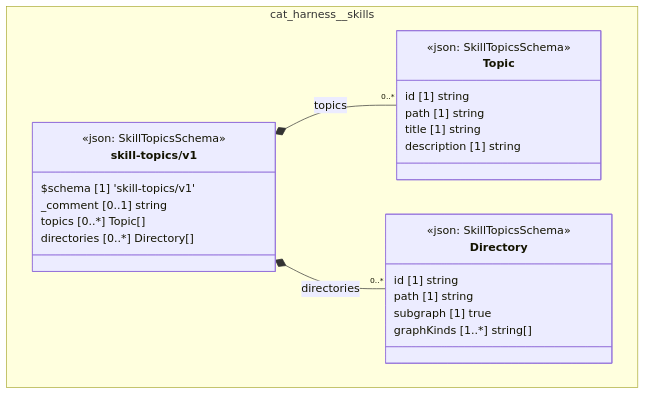
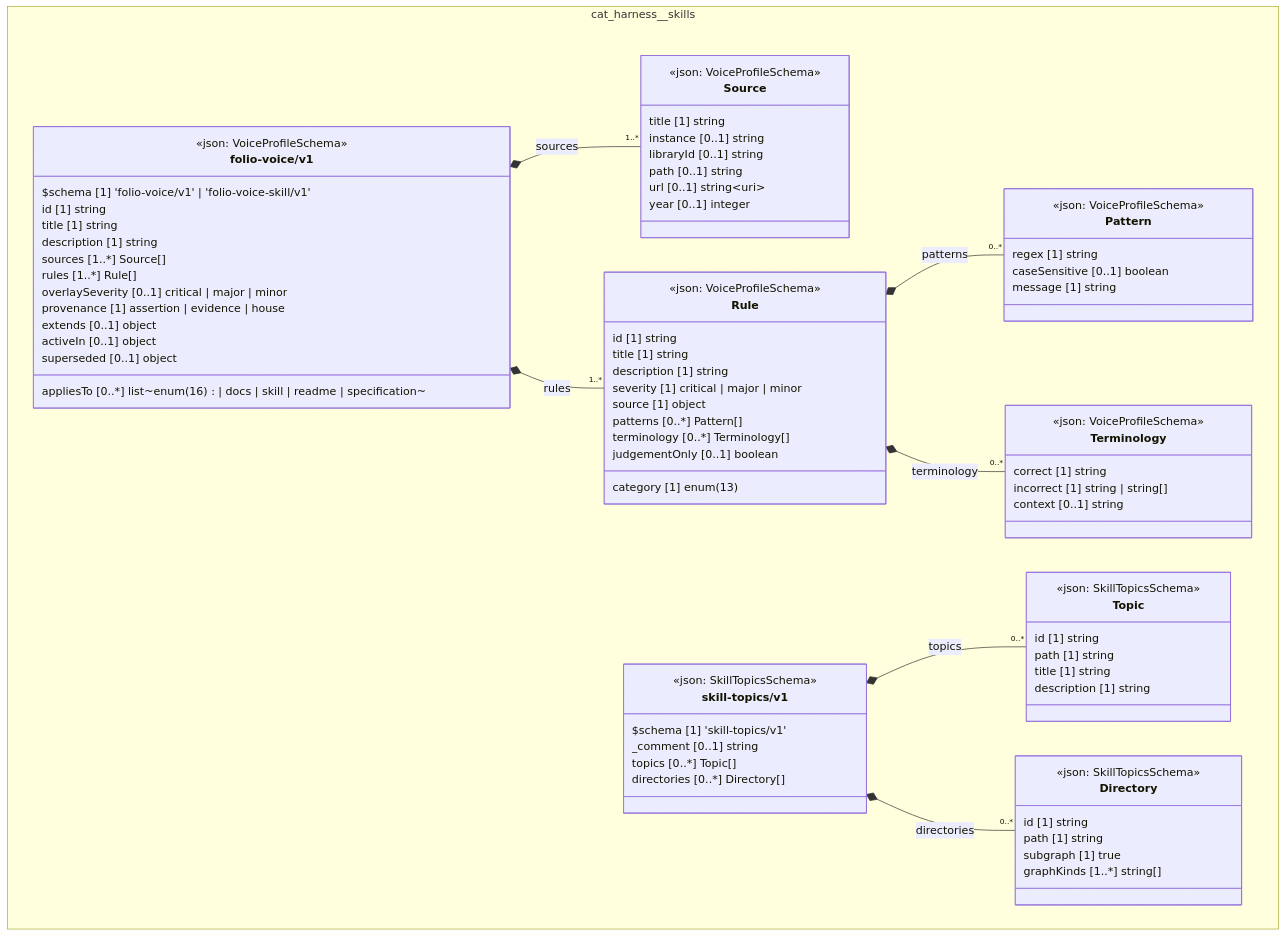
One commit to litlfred/folio-assistant changed the diagram in cat-harness/docs/uml/overview/cat-harness/skills.md. Above: the diagram before and after it, drawn with Mermaid. The commit also changed other lines of this file and 316 other files, not shown here.

```diff
--- a/cat-harness/docs/uml/overview/cat-harness/skills.md
+++ b/cat-harness/docs/uml/overview/cat-harness/skills.md
@@ -43,6 +43,54 @@
 classDiagram
   direction TB
   namespace cat_harness__skills {
+    class cat_harness_skills_folio_voice_v1_Source["Source"] {
+      <<json: VoiceProfileSchema>>
+      title [1] string
+      instance [0..1] string
+      libraryId [0..1] string
+      path [0..1] string
+      url [0..1] string~uri~
+      year [0..1] integer
+    }
+    class cat_harness_skills_folio_voice_v1_Pattern["Pattern"] {
+      <<json: VoiceProfileSchema>>
+      regex [1] string
+      caseSensitive [0..1] boolean
+      message [1] string
+    }
+    class cat_harness_skills_folio_voice_v1_Terminology["Terminology"] {
+      <<json: VoiceProfileSchema>>
+      correct [1] string
+      incorrect [1] string | string[]
+      context [0..1] string
+    }
+    class cat_harness_skills_folio_voice_v1_Rule["Rule"] {
+      <<json: VoiceProfileSchema>>
+      id [1] string
+      title [1] string
+      description [1] string
+      category [1] enum(13)
+      severity [1] critical | major | minor
+      source [1] object
+      patterns [0..*] Pattern[]
+      terminology [0..*] Terminology[]
+      judgementOnly [0..1] boolean
+    }
+    class cat_harness_skills_folio_voice_v1_folio_voice_v1["folio-voice/v1"] {
+      <<json: VoiceProfileSchema>>
+      $schema [1] 'folio-voice/v1' | 'folio-voice-skill/v1'
+      id [1] string
+      title [1] string
+      description [1] string
+      sources [1..*] Source[]
+      rules [1..*] Rule[]
+      overlaySeverity [0..1] critical | major | minor
+      appliesTo [0..*] list~enum(16) | docs | skill | readme | specification~
+      provenance [1] assertion | evidence | house
+      extends [0..1] object
+      activeIn [0..1] object
+      superseded [0..1] object
+    }
     class cat_harness_skills_skill_topics_v1_Topic["Topic"] {
       <<json: SkillTopicsSchema>>
       id [1] string
@@ -65,8 +113,17 @@
       directories [0..*] Directory[]
     }
   }
+  cat_harness_skills_folio_voice_v1_folio_voice_v1 *-- "1..*" cat_harness_skills_folio_voice_v1_Source : sources
+  cat_harness_skills_folio_voice_v1_Rule *-- "0..*" cat_harness_skills_folio_voice_v1_Pattern : patterns
+  cat_harness_skills_folio_voice_v1_Rule *-- "0..*" cat_harness_skills_folio_voice_v1_Terminology : terminology
+  cat_harness_skills_folio_voice_v1_folio_voice_v1 *-- "1..*" cat_harness_skills_folio_voice_v1_Rule : rules
   cat_harness_skills_skill_topics_v1_skill_topics_v1 *-- "0..*" cat_harness_skills_skill_topics_v1_Topic : topics
   cat_harness_skills_skill_topics_v1_skill_topics_v1 *-- "0..*" cat_harness_skills_skill_topics_v1_Directory : directories
+  cssClass "cat_harness_skills_folio_voice_v1_Source" fa_uml_kind_skills
+  cssClass "cat_harness_skills_folio_voice_v1_Pattern" fa_uml_kind_skills
+  cssClass "cat_harness_skills_folio_voice_v1_Terminology" fa_uml_kind_skills
+  cssClass "cat_harness_skills_folio_voice_v1_Rule" fa_uml_kind_skills
+  cssClass "cat_harness_skills_folio_voice_v1_folio_voice_v1" fa_uml_kind_skills
   cssClass "cat_harness_skills_skill_topics_v1_Topic" fa_uml_kind_skills
   cssClass "cat_harness_skills_skill_topics_v1_Directory" fa_uml_kind_skills
   cssClass "cat_harness_skills_skill_topics_v1_skill_topics_v1" fa_uml_kind_skills
```
